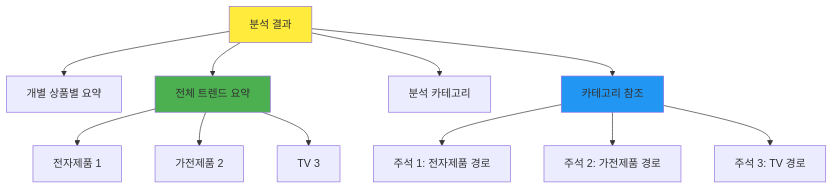
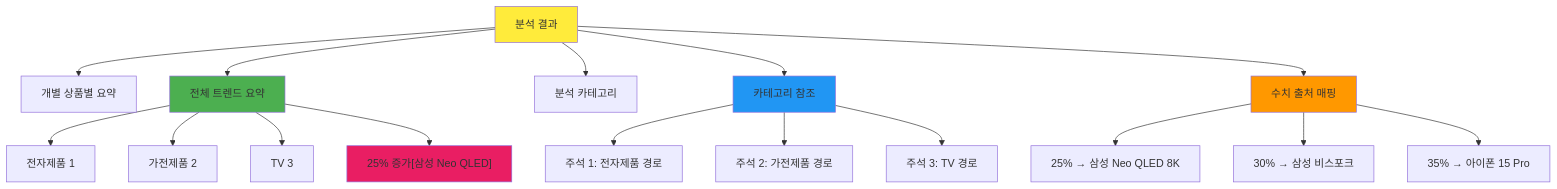
One commit to heungh/json_summary_demo changed the ninth of 11 diagrams in README.md. Above: the diagram before and after it, drawn with Mermaid. The commit also changed other lines of this file and 1 other file, not shown here.

````diff
--- a/README.md
+++ b/README.md
@@ -303,19 +390,27 @@
 ```mermaid
 graph TB
     A[분석 결과] --> B[개별 상품별 요약]
     A --> C[전체 트렌드 요약]
     A --> D[분석 카테고리]
     A --> E[카테고리 참조]
+    A --> F[수치 출처 매핑]
     
     C --> C1[전자제품 1]
     C --> C2[가전제품 2]
     C --> C3[TV 3]
+    C --> C4["25% 증가[삼성 Neo QLED]"]
     
     E --> E1[주석 1: 전자제품 경로]
     E --> E2[주석 2: 가전제품 경로]
     E --> E3[주석 3: TV 경로]
     
+    F --> F1["25% → 삼성 Neo QLED 8K"]
+    F --> F2["30% → 삼성 비스포크"]
+    F --> F3["35% → 아이폰 15 Pro"]
+    
     style A fill:#ffeb3b
     style C fill:#4caf50
     style E fill:#2196f3
+    style F fill:#ff9800
+    style C4 fill:#e91e63
 ```
````
